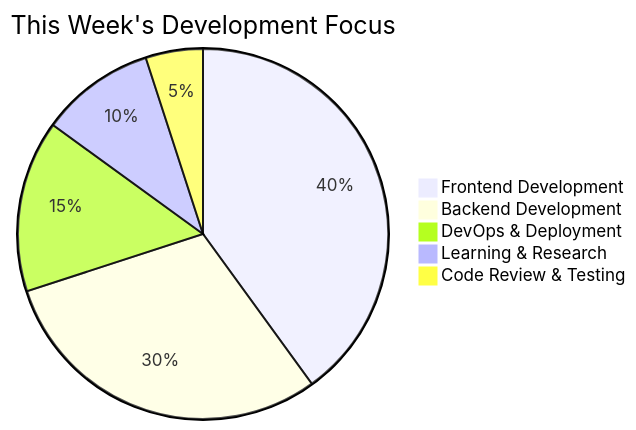
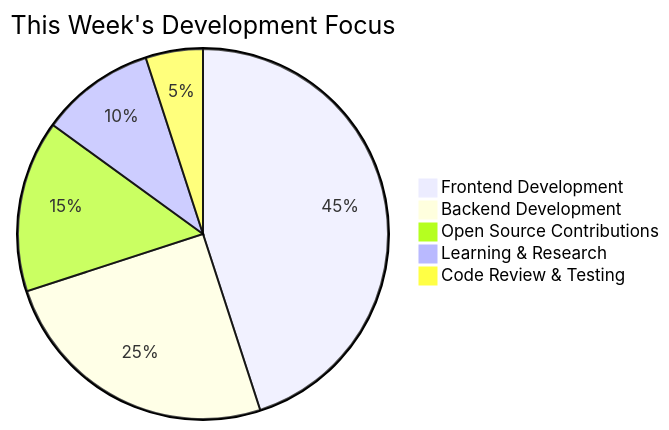
The diagram in README.md (MrinalParasar/MrinalParasar), drawn with Mermaid before and after one commit. The commit also changed other lines of this file, not shown here.

````diff
--- a/README.md
+++ b/README.md
@@ -143,8 +149,8 @@
 ```mermaid
 pie title This Week's Development Focus
-    "Frontend Development" : 40
-    "Backend Development" : 30
-    "DevOps & Deployment" : 15
+    "Frontend Development" : 45
+    "Backend Development" : 25
+    "Open Source Contributions" : 15
     "Learning & Research" : 10
     "Code Review & Testing" : 5
 ```
````
